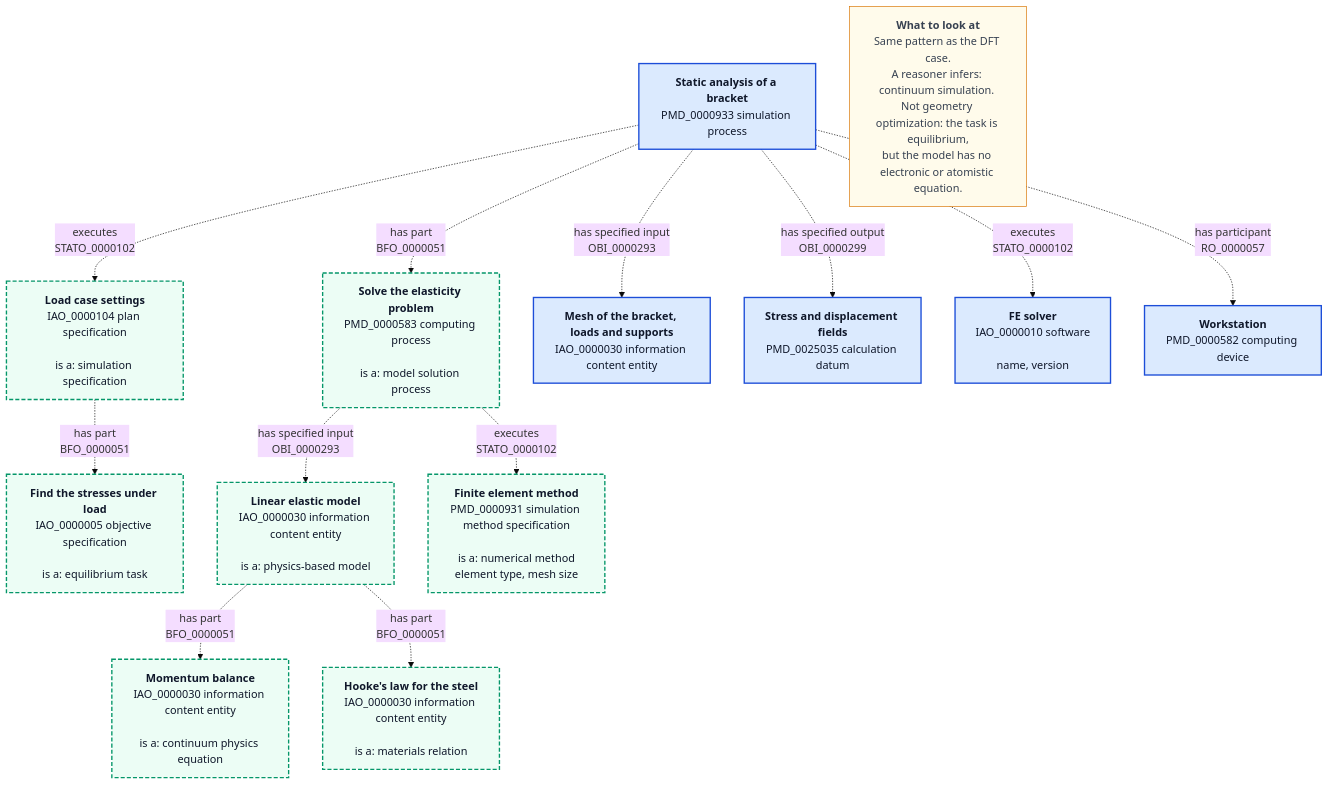
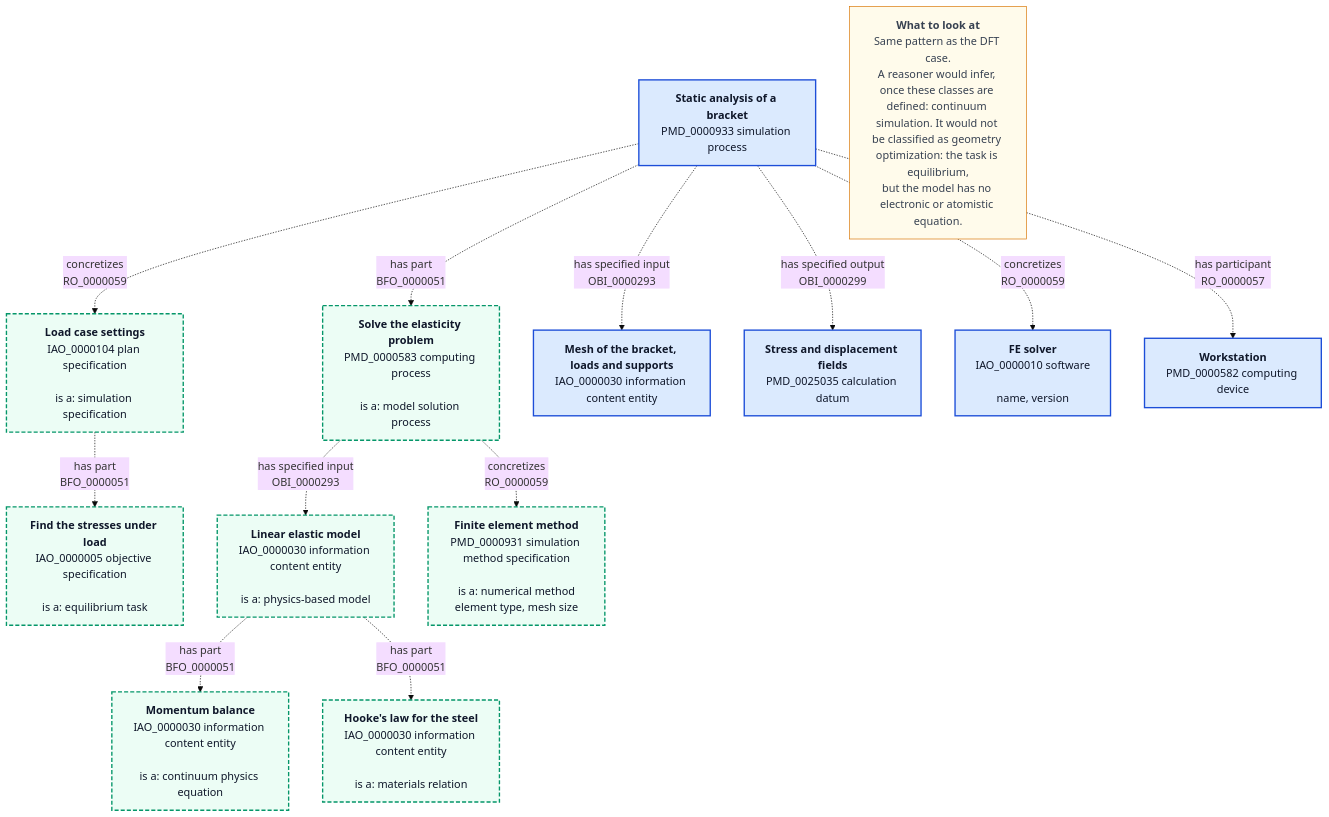
The diagram in web/options/e-task-model-solver/fem.mmd (BAMresearch/mermantics), drawn with Mermaid (base theme) before and after one commit. The commit also changed 17 other files, not shown here.

```diff
--- a/web/options/e-task-model-solver/fem.mmd
+++ b/web/options/e-task-model-solver/fem.mmd
@@ -1,36 +1,36 @@
 flowchart TB
 
 %% Option E. Task, model and solver as parts: static FEM analysis
 %% Engineering: a static finite element analysis of a loaded steel bracket.
 
     Analysis["<b>Static analysis of a bracket</b><br>PMD_0000933 simulation process"]:::local
     Spec["<b>Load case settings</b><br>IAO_0000104 plan specification<br><br>is a: simulation specification"]:::proposed
     Task["<b>Find the stresses under load</b><br>IAO_0000005 objective specification<br><br>is a: equilibrium task"]:::proposed
     Solve["<b>Solve the elasticity problem</b><br>PMD_0000583 computing process<br><br>is a: model solution process"]:::proposed
     ElasticModel["<b>Linear elastic model</b><br>IAO_0000030 information content entity<br><br>is a: physics-based model"]:::proposed
     Balance["<b>Momentum balance</b><br>IAO_0000030 information content entity<br><br>is a: continuum physics equation"]:::proposed
     Hooke["<b>Hooke's law for the steel</b><br>IAO_0000030 information content entity<br><br>is a: materials relation"]:::proposed
     FEMethod["<b>Finite element method</b><br>PMD_0000931 simulation method specification<br><br>is a: numerical method<br>element type, mesh size"]:::proposed
     Mesh["<b>Mesh of the bracket, loads and supports</b><br>IAO_0000030 information content entity"]:::local
     Stress["<b>Stress and displacement fields</b><br>PMD_0025035 calculation datum"]:::local
     Code["<b>FE solver</b><br>IAO_0000010 software<br><br>name, version"]:::local
     Node["<b>Workstation</b><br>PMD_0000582 computing device"]:::local
-    Note["<b>What to look at</b><br>Same pattern as the DFT case.<br>A reasoner infers: continuum simulation. Not geometry optimization: the task is equilibrium,<br>but the model has no electronic or atomistic equation."]:::note
+    Note["<b>What to look at</b><br>Same pattern as the DFT case.<br>A reasoner would infer, once these classes are defined: continuum simulation. It would not be classified as geometry optimization: the task is equilibrium,<br>but the model has no electronic or atomistic equation."]:::note
 
-    Analysis -. "executes<br>STATO_0000102" .-> Spec
+    Analysis -. "concretizes<br>RO_0000059" .-> Spec
     Spec -. "has part<br>BFO_0000051" .-> Task
     Analysis -. "has part<br>BFO_0000051" .-> Solve
     Solve -. "has specified input<br>OBI_0000293" .-> ElasticModel
-    Solve -. "executes<br>STATO_0000102" .-> FEMethod
+    Solve -. "concretizes<br>RO_0000059" .-> FEMethod
     ElasticModel -. "has part<br>BFO_0000051" .-> Balance
     ElasticModel -. "has part<br>BFO_0000051" .-> Hooke
     Analysis -. "has specified input<br>OBI_0000293" .-> Mesh
     Analysis -. "has specified output<br>OBI_0000299" .-> Stress
-    Analysis -. "executes<br>STATO_0000102" .-> Code
+    Analysis -. "concretizes<br>RO_0000059" .-> Code
     Analysis -. "has participant<br>RO_0000057" .-> Node
 
     classDef local fill:#dbeafe,stroke:#1d4ed8,stroke-width:2px,color:#0f172a
     classDef note fill:#fffbeb,stroke:#d97706,color:#374151
     classDef proposed fill:#ecfdf5,stroke:#059669,stroke-width:2px,stroke-dasharray:6 3,color:#0f172a
 
 %% mermantics-kinds {"Analysis":"process","Spec":"plan","Task":"plan","Solve":"process","ElasticModel":"information","Balance":"information","Hooke":"information","FEMethod":"plan","Mesh":"information","Stress":"data","Code":"software","Node":"device"}
```
